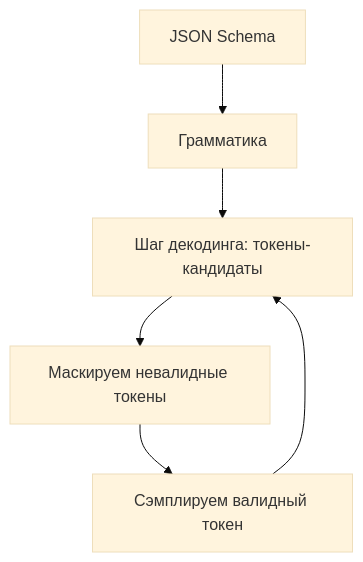
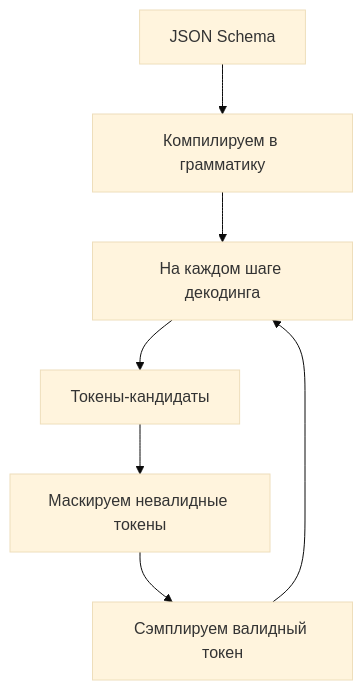
Before and after one commit to NikolaiSachok/ai-engineering-handbook: the second of 2 diagrams in i18n/ru/docusaurus-plugin-content-docs/current/part-2-agents/tool-use/deep-dive.md, drawn with Mermaid (base theme). The commit also changed other lines of this file and 21 other files, not shown here.

First line of the commit message:
fix(i18n): reconcile 28 drifted diagrams and make the parity gate read inside a fence (#453)

````diff
--- a/i18n/ru/docusaurus-plugin-content-docs/current/part-2-agents/tool-use/deep-dive.md
+++ b/i18n/ru/docusaurus-plugin-content-docs/current/part-2-agents/tool-use/deep-dive.md
@@ -84,8 +84,9 @@
 ```mermaid
 flowchart TB
-    S["JSON Schema"] --> G["Грамматика"]
-    G --> D["Шаг декодинга: токены-кандидаты"]
-    D --> Mask["Маскируем невалидные токены"]
-    Mask --> Pick["Сэмплируем валидный токен"]
-    Pick --> D
+    S["JSON Schema"] --> G["Компилируем в грамматику"]
+    G --> Step["На каждом шаге декодинга"]
+    Step --> Cand["Токены-кандидаты"]
+    Cand --> Mask["Маскируем невалидные токены"]
+    Mask --> Sample["Сэмплируем валидный токен"]
+    Sample --> Step
 ```
````
